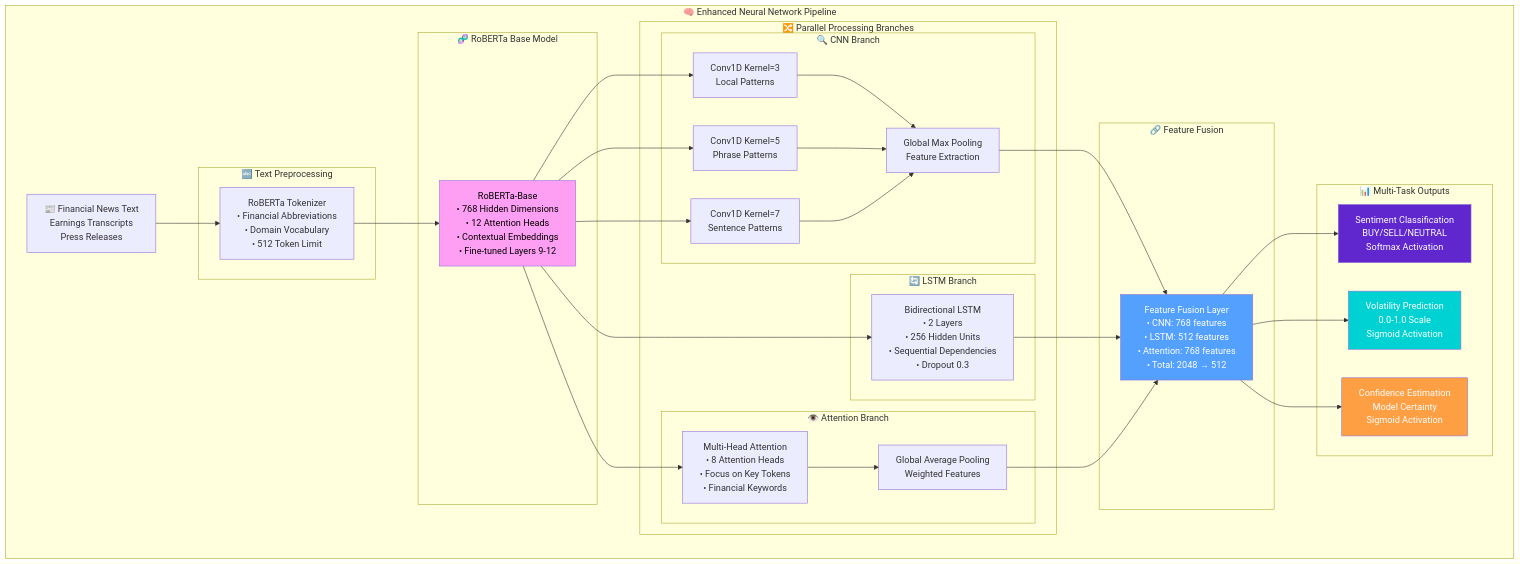
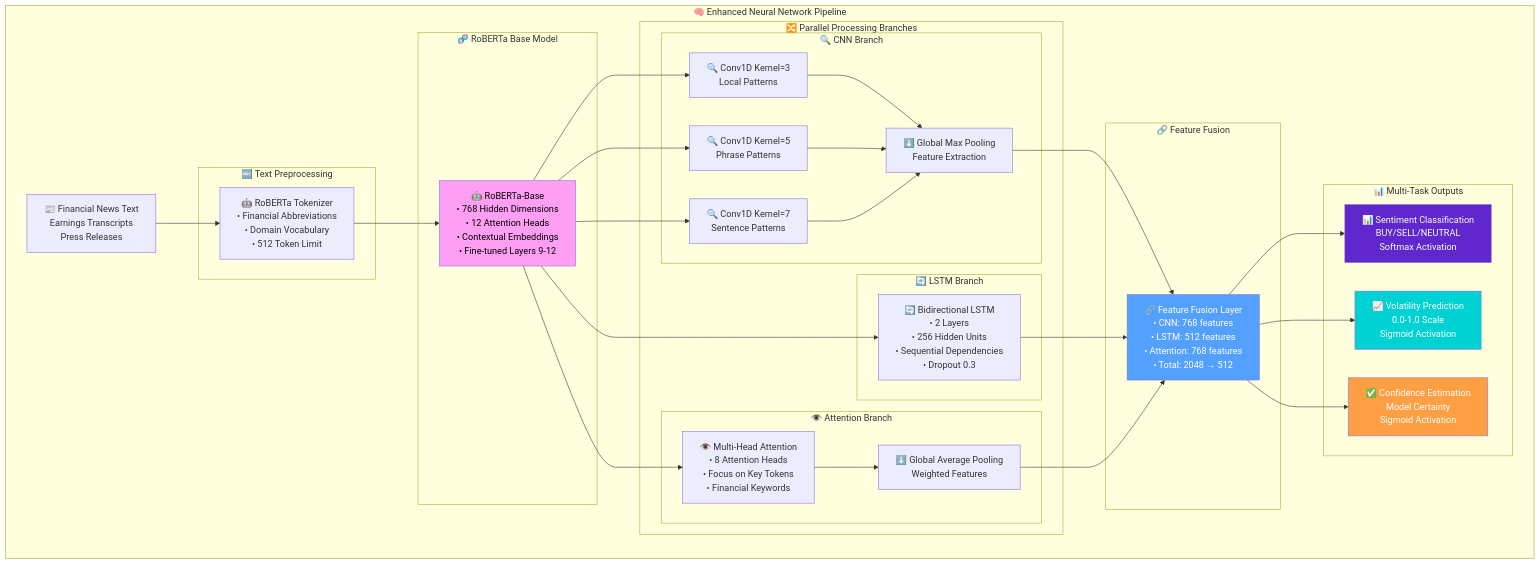
Before and after one commit to jaygasi/news_analyzer: the second of 11 diagrams in news_cruncher/README.md, drawn with Mermaid. The commit also changed other lines of this file and 6 other files, not shown here.

````diff
--- a/news_cruncher/README.md
+++ b/news_cruncher/README.md
@@ -104,70 +104,70 @@
 ```mermaid
 graph TB
     subgraph "🧠 Enhanced Neural Network Pipeline"
         Input[📰 Financial News Text<br/>Earnings Transcripts<br/>Press Releases]
         
         subgraph "🔤 Text Preprocessing"
-            Tokenizer[RoBERTa Tokenizer<br/>• Financial Abbreviations<br/>• Domain Vocabulary<br/>• 512 Token Limit]
+            Tokenizer[🤖 RoBERTa Tokenizer<br/>• Financial Abbreviations<br/>• Domain Vocabulary<br/>• 512 Token Limit]
         end
         
         subgraph "🧬 RoBERTa Base Model"
-            RoBERTa[RoBERTa-Base<br/>• 768 Hidden Dimensions<br/>• 12 Attention Heads<br/>• Contextual Embeddings<br/>• Fine-tuned Layers 9-12]
+            RoBERTa[🤖 RoBERTa-Base<br/>• 768 Hidden Dimensions<br/>• 12 Attention Heads<br/>• Contextual Embeddings<br/>• Fine-tuned Layers 9-12]
         end
         
         subgraph "🔀 Parallel Processing Branches"
             subgraph "🔍 CNN Branch"
-                CNN3[Conv1D Kernel=3<br/>Local Patterns]
-                CNN5[Conv1D Kernel=5<br/>Phrase Patterns]
-                CNN7[Conv1D Kernel=7<br/>Sentence Patterns]
-                CNNPool[Global Max Pooling<br/>Feature Extraction]
+                CNN3[🔍 Conv1D Kernel=3<br/>Local Patterns]
+                CNN5[🔍 Conv1D Kernel=5<br/>Phrase Patterns]
+                CNN7[🔍 Conv1D Kernel=7<br/>Sentence Patterns]
+                CNNPool[⬇️ Global Max Pooling<br/>Feature Extraction]
             end
             
             subgraph "🔄 LSTM Branch"
-                BiLSTM[Bidirectional LSTM<br/>• 2 Layers<br/>• 256 Hidden Units<br/>• Sequential Dependencies<br/>• Dropout 0.3]
+                BiLSTM[🔄 Bidirectional LSTM<br/>• 2 Layers<br/>• 256 Hidden Units<br/>• Sequential Dependencies<br/>• Dropout 0.3]
             end
             
             subgraph "👁️ Attention Branch"
-                MultiHead[Multi-Head Attention<br/>• 8 Attention Heads<br/>• Focus on Key Tokens<br/>• Financial Keywords]
-                AttentionPool[Global Average Pooling<br/>Weighted Features]
+                MultiHead[👁️ Multi-Head Attention<br/>• 8 Attention Heads<br/>• Focus on Key Tokens<br/>• Financial Keywords]
+                AttentionPool[⬇️ Global Average Pooling<br/>Weighted Features]
             end
         end
         
         subgraph "🔗 Feature Fusion"
-            Fusion[Feature Fusion Layer<br/>• CNN: 768 features<br/>• LSTM: 512 features<br/>• Attention: 768 features<br/>• Total: 2048 → 512]
+            Fusion[🔗 Feature Fusion Layer<br/>• CNN: 768 features<br/>• LSTM: 512 features<br/>• Attention: 768 features<br/>• Total: 2048 → 512]
         end
         
         subgraph "📊 Multi-Task Outputs"
-            Sentiment[Sentiment Classification<br/>BUY/SELL/NEUTRAL<br/>Softmax Activation]
-            Volatility[Volatility Prediction<br/>0.0-1.0 Scale<br/>Sigmoid Activation]
-            Confidence[Confidence Estimation<br/>Model Certainty<br/>Sigmoid Activation]
+            Sentiment[📊 Sentiment Classification<br/>BUY/SELL/NEUTRAL<br/>Softmax Activation]
+            Volatility[📈 Volatility Prediction<br/>0.0-1.0 Scale<br/>Sigmoid Activation]
+            Confidence[✅ Confidence Estimation<br/>Model Certainty<br/>Sigmoid Activation]
         end
     end
     
     Input --> Tokenizer
     Tokenizer --> RoBERTa
     
     RoBERTa --> CNN3
     RoBERTa --> CNN5
     RoBERTa --> CNN7
     RoBERTa --> BiLSTM
     RoBERTa --> MultiHead
     
     CNN3 --> CNNPool
     CNN5 --> CNNPool
     CNN7 --> CNNPool
     MultiHead --> AttentionPool
     
     CNNPool --> Fusion
     BiLSTM --> Fusion
     AttentionPool --> Fusion
     
     Fusion --> Sentiment
     Fusion --> Volatility
     Fusion --> Confidence
     
     style RoBERTa fill:#ff9ff3,color:#000
     style Fusion fill:#54a0ff,color:#fff
     style Sentiment fill:#5f27cd,color:#fff
     style Volatility fill:#00d2d3,color:#fff
     style Confidence fill:#ff9f43,color:#fff
 ```
````
